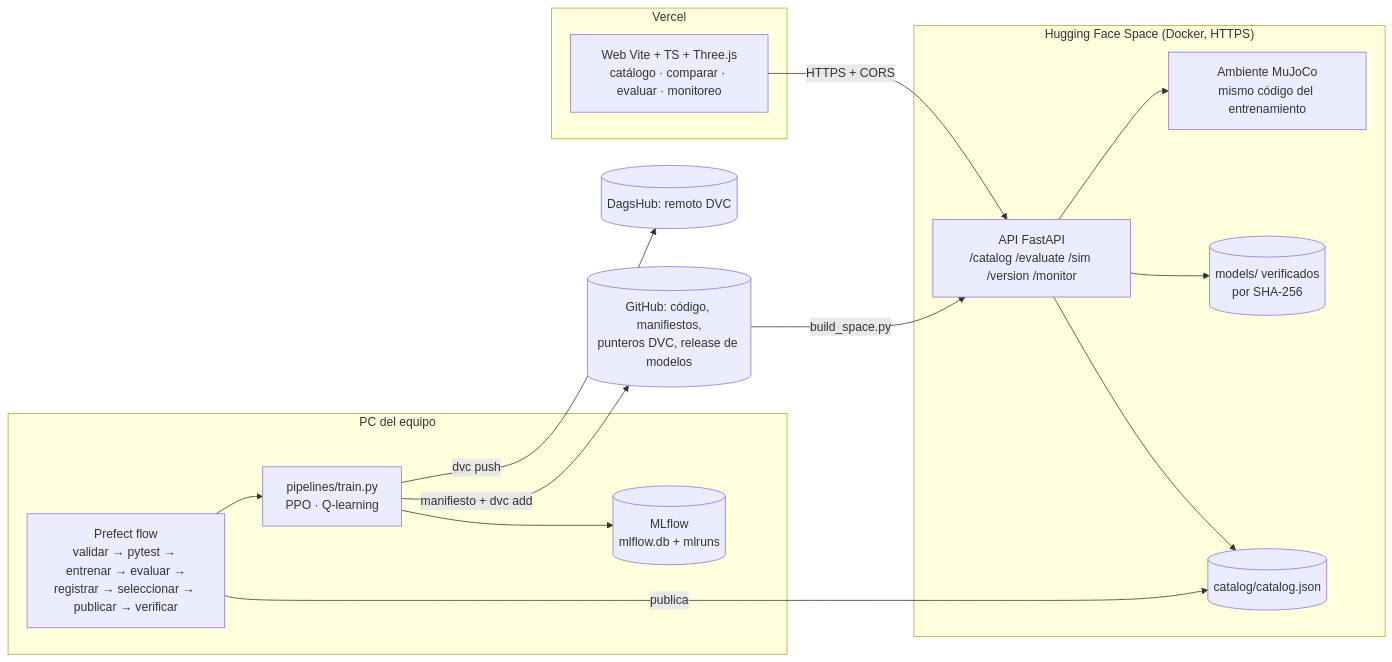
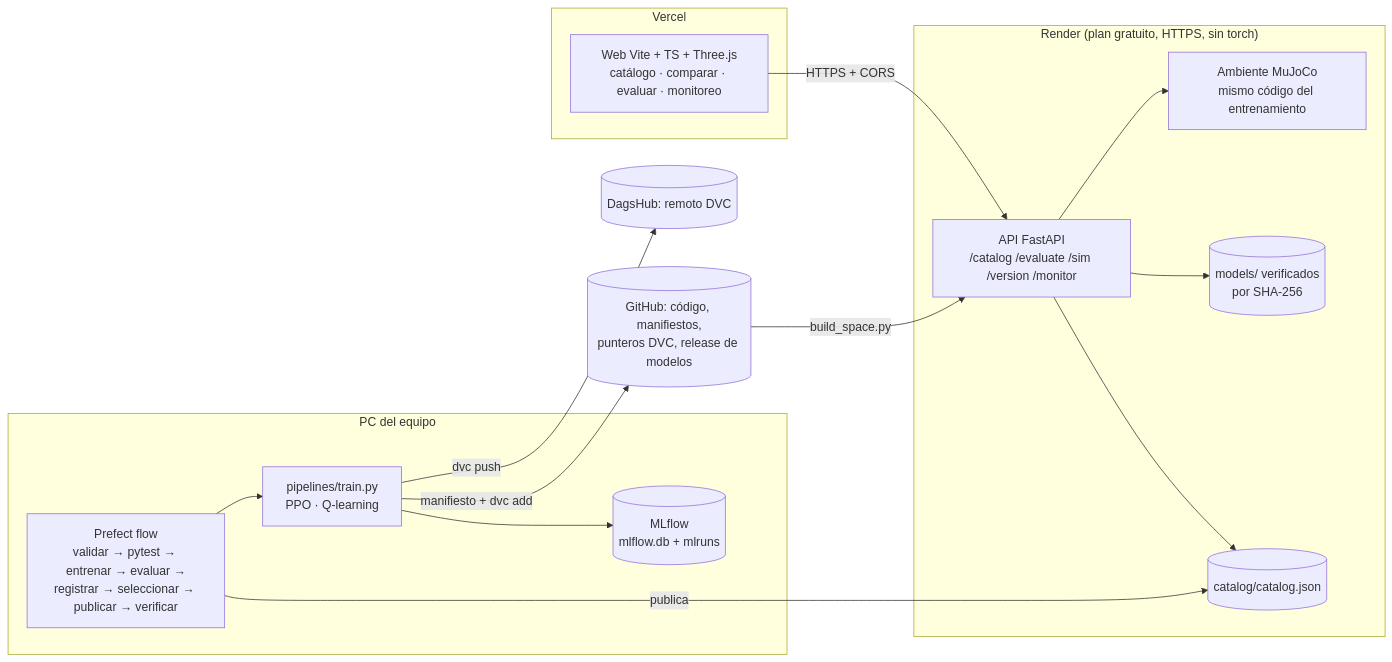
The diagram in README.md (Nicol-Tatiana-Cerinza-Tejada/robot_expedition), drawn with Mermaid before and after one commit. The commit also changed other lines of this file and 19 other files, not shown here.

First line of the commit message:
API sin torch para el plan gratuito de Render: adaptador numpy validado de cada PPO

````diff
--- a/README.md
+++ b/README.md
@@ -25,28 +25,28 @@
 ```mermaid
 flowchart LR
   subgraph Vercel
     W[Web Vite + TS + Three.js<br/>catálogo · comparar · evaluar · monitoreo]
   end
-  subgraph "Hugging Face Space (Docker, HTTPS)"
+  subgraph "Render (plan gratuito, HTTPS, sin torch)"
     A[API FastAPI<br/>/catalog /evaluate /sim /version /monitor]
     E[Ambiente MuJoCo<br/>mismo código del entrenamiento]
     M[(models/ verificados<br/>por SHA-256)]
     C[(catalog/catalog.json)]
   end
   subgraph "PC del equipo"
     T[pipelines/train.py<br/>PPO · Q-learning]
     P[Prefect flow<br/>validar → pytest → entrenar → evaluar →<br/>registrar → seleccionar → publicar → verificar]
     ML[(MLflow<br/>mlflow.db + mlruns)]
   end
   R[(GitHub: código, manifiestos,<br/>punteros DVC, release de modelos)]
   D[(DagsHub: remoto DVC)]
   W -- HTTPS + CORS --> A
   A --> E
   A --> M
   A --> C
   P --> T --> ML
   T -- manifiesto + dvc add --> R
   T -- dvc push --> D
   P -- publica --> C
   R -- build_space.py --> A
 ```
````
